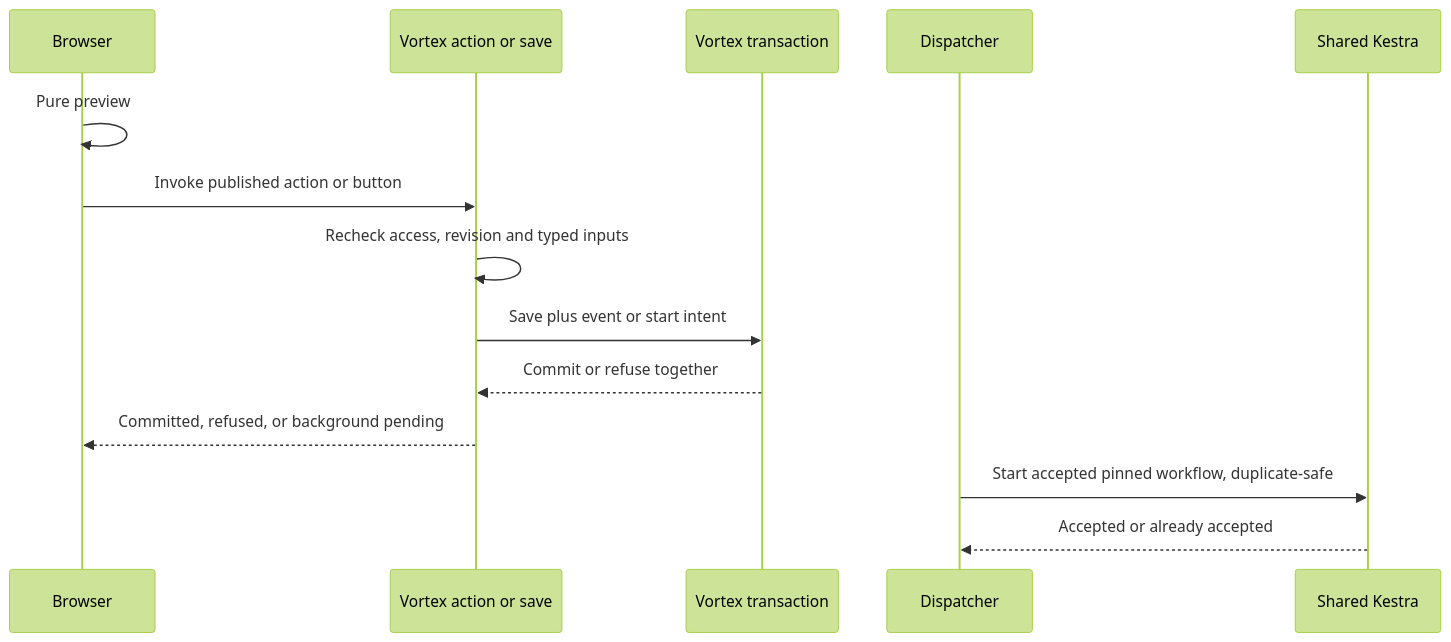
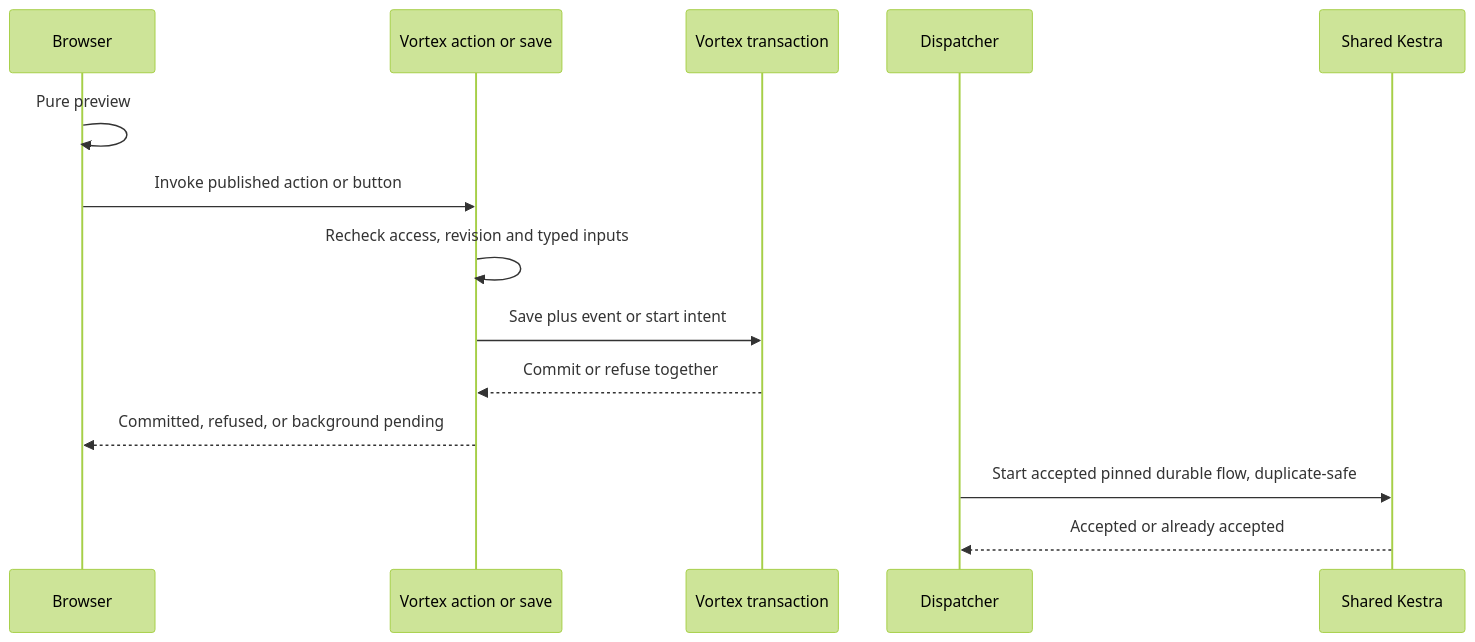
The third of 4 diagrams in docs/specification/09-workflows-and-pipelines.md (Abzum-NZ/Abzum-Vortex), drawn with Mermaid (forest theme) before and after one commit. The commit also changed other lines of this file and 6 other files, not shown here.

First line of the commit message:
#978 Align the workflow, application and runtime-service specification with the flow language

````diff
--- a/docs/specification/09-workflows-and-pipelines.md
+++ b/docs/specification/09-workflows-and-pipelines.md
@@ -78,16 +89,16 @@
 ```mermaid
 sequenceDiagram
     participant B as Browser
     participant V as Vortex action or save
     participant DB as Vortex transaction
     participant D as Dispatcher
     participant K as Shared Kestra
     B->>B: Pure preview
     B->>V: Invoke published action or button
     V->>V: Recheck access, revision and typed inputs
     V->>DB: Save plus event or start intent
     DB-->>V: Commit or refuse together
     V-->>B: Committed, refused, or background pending
-    D->>K: Start accepted pinned workflow, duplicate-safe
+    D->>K: Start accepted pinned durable flow, duplicate-safe
     K-->>D: Accepted or already accepted
 ```
````
